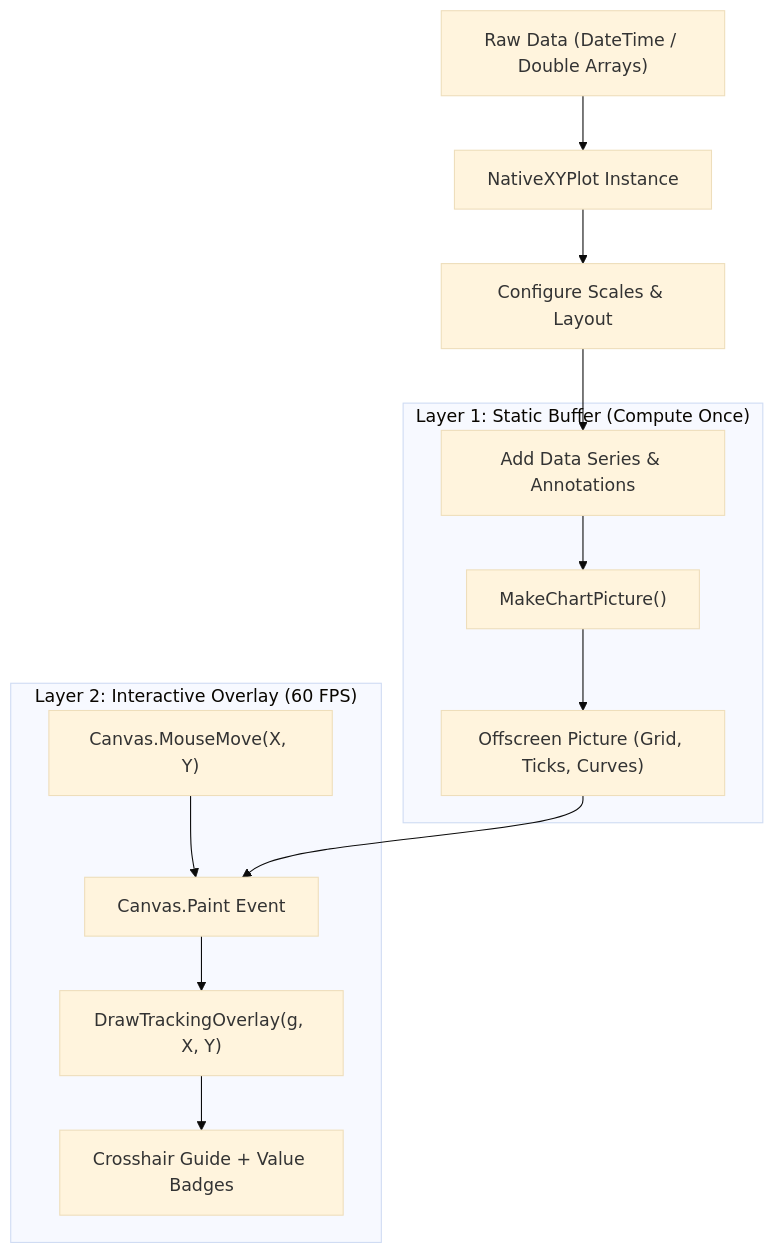
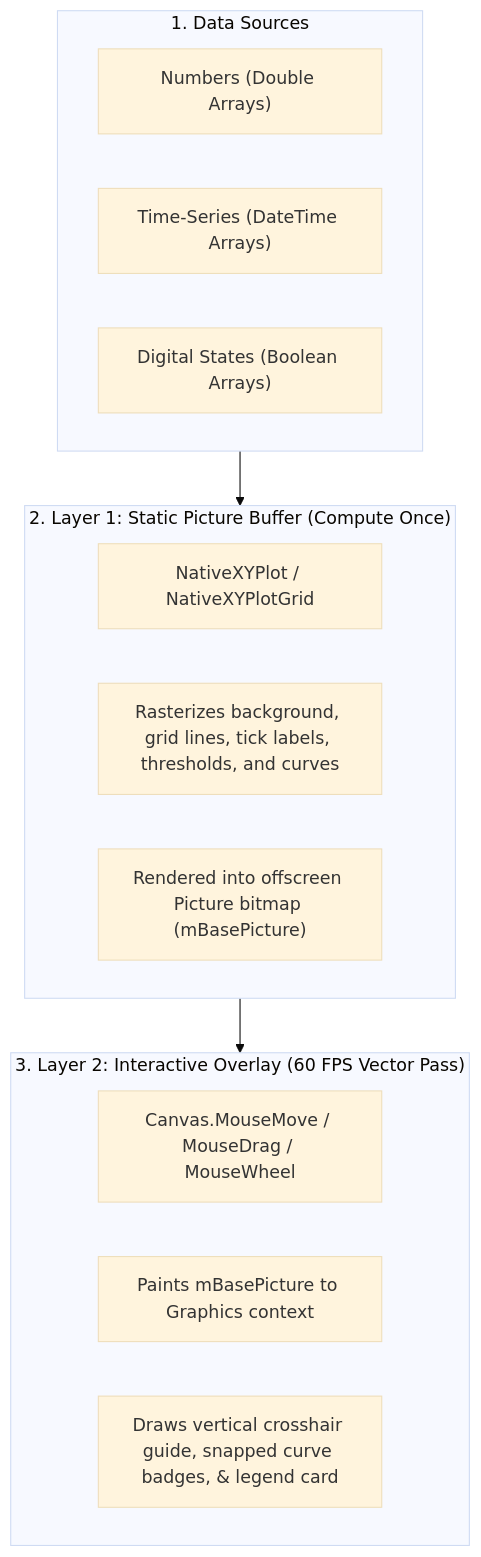
Before and after one commit to 0xb01/0xb01.github.io: the diagram in _posts/2026-09-10-nativexyplot.md, drawn with Mermaid (base theme). The commit also changed other lines of this file and 2 other files, not shown here.

Commit message:
Updated blog post for NativeXYPlot

````diff
--- a/_posts/2026-09-10-nativexyplot.md
+++ b/_posts/2026-09-10-nativexyplot.md
@@ -27,18 +27,23 @@
 ```mermaid
 flowchart TD
-    A["Raw Data (DateTime / Double Arrays)"] --> B["NativeXYPlot Instance"]
-    B --> C["Configure Scales & Layout"]
-    C --> D["Add Data Series & Annotations"]
-    
-    subgraph S1["Layer 1: Static Buffer (Compute Once)"]
-        D --> E["MakeChartPicture()"]
-        E --> F["Offscreen Picture (Grid, Ticks, Curves)"]
+    subgraph Data ["1. Data Sources"]
+        D1["Numbers (Double Arrays)"]
+        D2["Time-Series (DateTime Arrays)"]
+        D3["Digital States (Boolean Arrays)"]
     end
 
-    subgraph S2["Layer 2: Interactive Overlay (60 FPS)"]
-        G["Canvas.MouseMove(X, Y)"] --> H["Canvas.Paint Event"]
-        F --> H
-        H --> I["DrawTrackingOverlay(g, X, Y)"]
-        I --> J["Crosshair Guide + Value Badges"]
+    subgraph StaticLayer ["2. Layer 1: Static Picture Buffer (Compute Once)"]
+        S1["NativeXYPlot / NativeXYPlotGrid"]
+        S2["Rasterizes background, grid lines, tick labels, thresholds, and curves"]
+        S3["Rendered into offscreen Picture bitmap (mBasePicture)"]
     end
+
+    subgraph FastOverlay ["3. Layer 2: Interactive Overlay (60 FPS Vector Pass)"]
+        O1["Canvas.MouseMove / MouseDrag / MouseWheel"]
+        O2["Paints mBasePicture to Graphics context"]
+        O3["Draws vertical crosshair guide, snapped curve badges, & legend card"]
+    end
+
+    Data --> StaticLayer
+    StaticLayer --> FastOverlay
 ```
````
